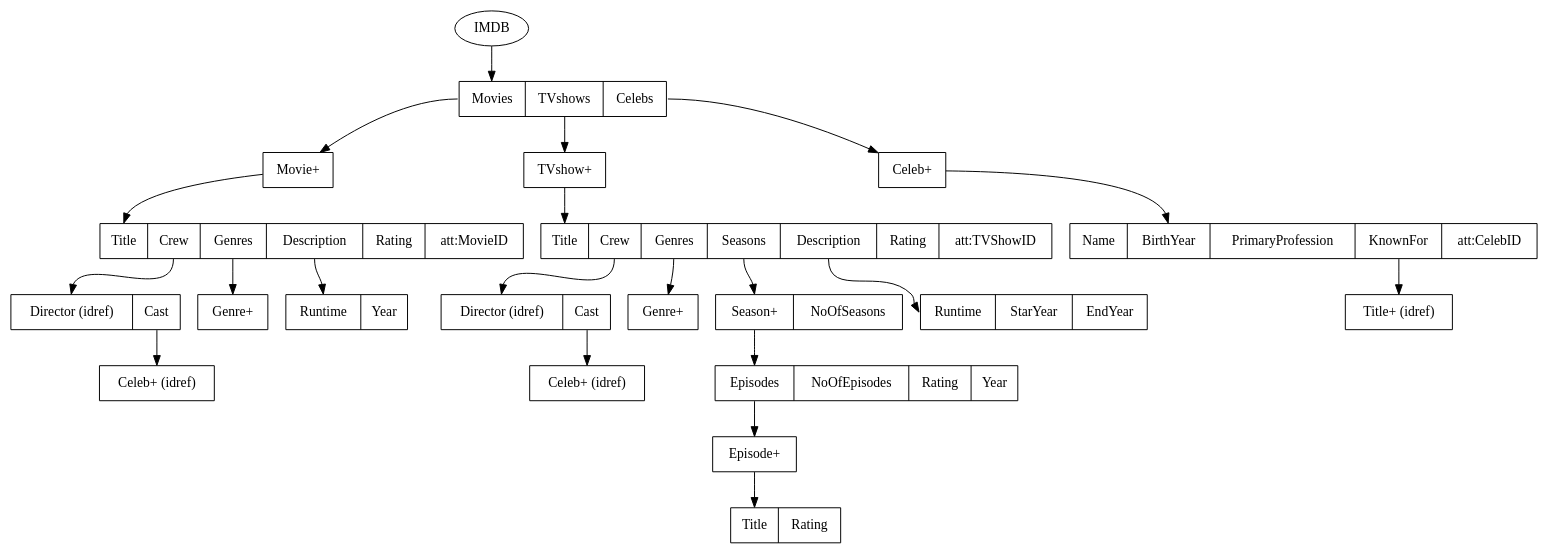
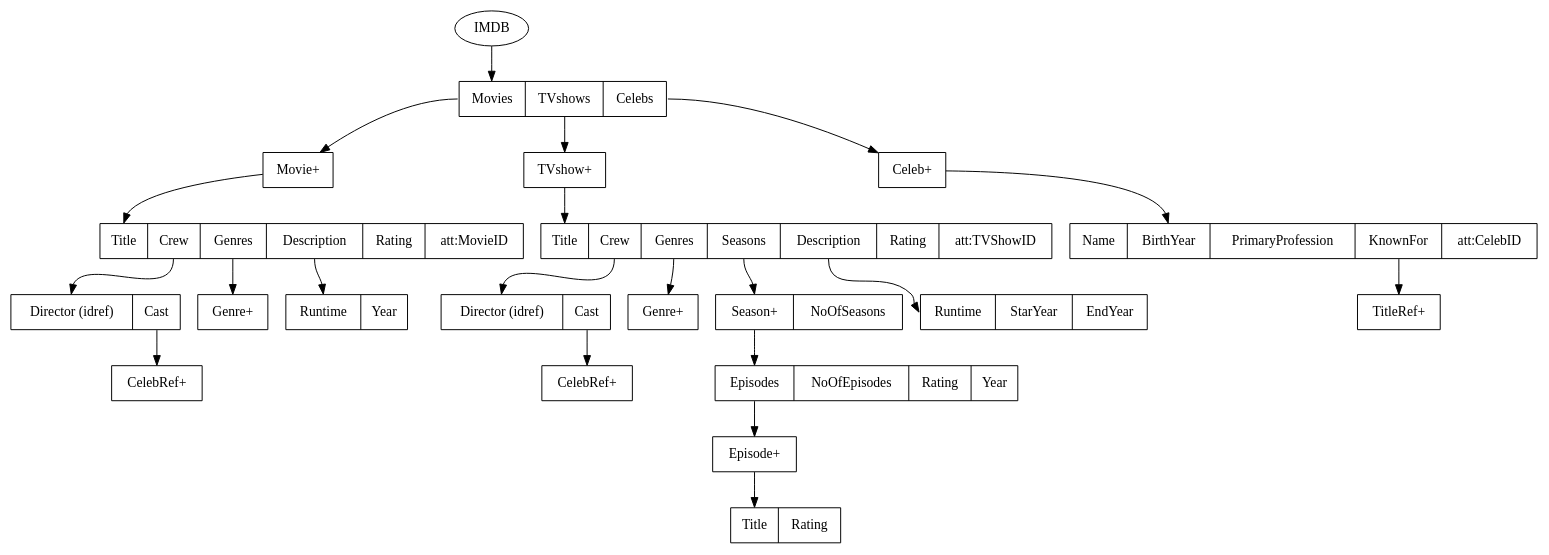
Before and after one commit to akhiln28/ontology_assignment1: the diagram in imdb.dot, drawn with Graphviz. The commit also changed 1 other file, not shown here.

```diff
--- a/imdb.dot
+++ b/imdb.dot
@@ -1,68 +1,68 @@
 digraph g{
     IMDB[label="IMDB"]
     IMDB_table[label = "<f0>Movies|<f1>TVshows| <f2> Celebs" shape = "record"]
     IMDB->IMDB_table:f0
 
     Movies_table[label = "Movie+" shape = "record"]
     IMDB_table:f0->Movies_table
 
     Movie_table[label = "<f0> Title| <f1>Crew| <f2> Genres| <f3> Description| <f4> Rating| <f5> att:MovieID" shape = "record"]
     Movies_table->Movie_table:f0
 
     Crew_table[label="<f0> Director (idref)| <f1> Cast" shape = "record"]
     Movie_table:f1->Crew_table:f0
 
-    Cast_table[label="Celeb+ (idref)" shape = "record"]
+    Cast_table[label="CelebRef+" shape = "record"]
     Crew_table:f1->Cast_table
 
     Genres_table[label = "Genre+" shape = "record"]
     Movie_table:f2->Genres_table
 
     Description_table[label = "<f0> Runtime| <f1> Year" shape = "record"]
     Movie_table:f3->Description_table:f0
 
     // Sequels_table[label="Sequel+" shape = "record"]
     // Movie_table:f5->Sequels_table
 
     // Prequels_table[label = "Prequel+" shape = "record"]
     // Movie_table:f6->Prequels_table
 
     TVshows_table[label = "TVshow+" shape = "record"]
     IMDB_table:f1->TVshows_table
 
     TVshow_table[label = "<f0> Title| <f1> Crew| <f2> Genres| <f3> Seasons| <f4> Description| <f5> Rating| <f6> att:TVShowID" shape = "record"]
     TVshows_table->TVshow_table:f0
 
     Crew_table2[label = "<f0> Director (idref)| <f1> Cast" shape = "record"]
     TVshow_table:f1->Crew_table2:f0
 
-    Cast_table2[label="Celeb+ (idref)" shape = "record"]
+    Cast_table2[label="CelebRef+" shape = "record"]
     Crew_table2:f1->Cast_table2
 
     Genres_table2[label = "Genre+" shape = "record"]
     TVshow_table:f2->Genres_table2
 
     Seasons_table[label = "<f0> Season+| <f1> NoOfSeasons" shape = "record"]    
     TVshow_table:f3->Seasons_table:f0
 
     Season_table[label = "<f0> Episodes| <f1> NoOfEpisodes| <f2> Rating| <f3> Year" shape = "record"]
     Seasons_table:f0->Season_table:f0
 
     Episodes_table[label = "Episode+" shape = "record"]
     Season_table:f0->Episodes_table
     
     Episode_table[label = "<f0> Title| <f1> Rating" shape = "record"]
     Episodes_table->Episode_table:f0
 
     Description_table2[label = "<f0> Runtime| <f1> StarYear| <f2> EndYear" shape = "record"]
     TVshow_table:f4->Description_table2:f0
 
     Actors_table[label = "Celeb+" shape = "record"]
     IMDB_table:f2->Actors_table
 
     Actor_table[label="<f0> Name| <f1> BirthYear| <f2> PrimaryProfession| <f3> KnownFor| att:CelebID" shape = "record"]
     Actors_table->Actor_table:f1
 
-    KnownFor_table[label = "<f0> Title+ (idref)" shape = "record"]
+    KnownFor_table[label = "<f0> TitleRef+" shape = "record"]
     Actor_table:f3->KnownFor_table:f0
 }
```
